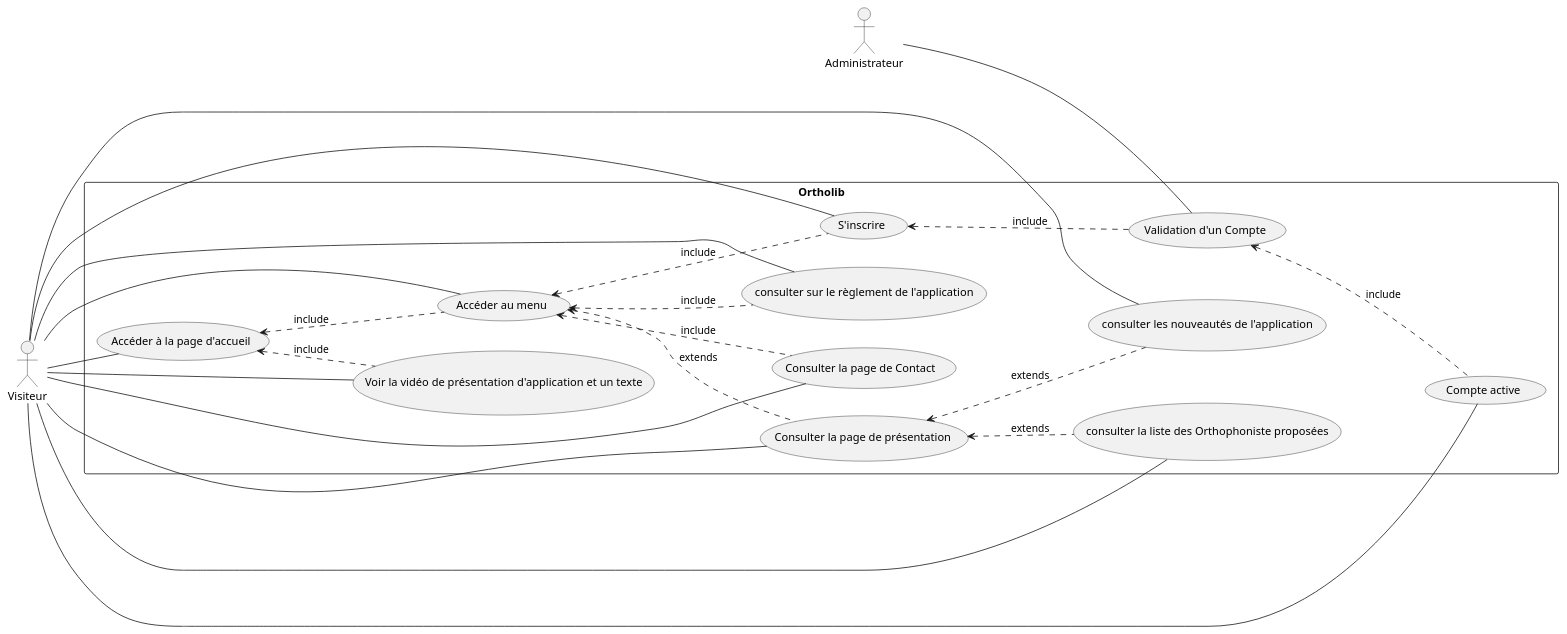
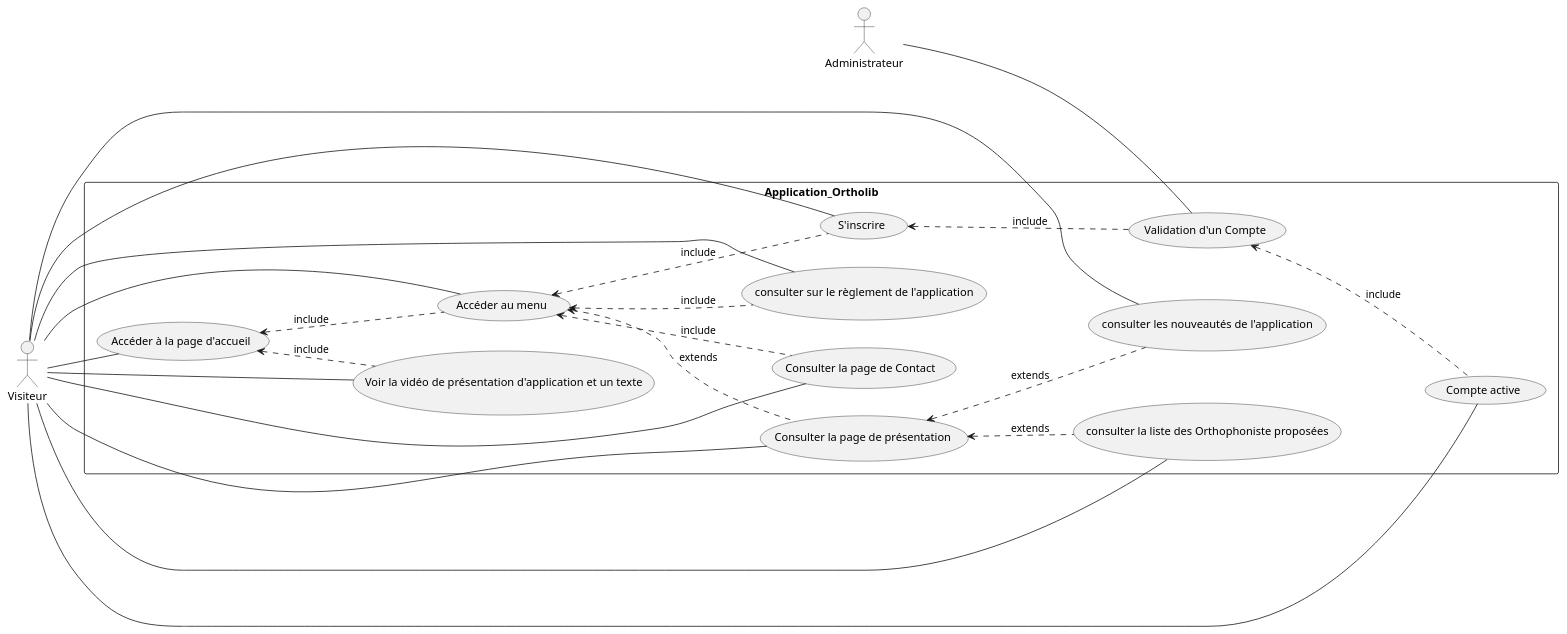
One commit to elamranibilel/Ortholib changed the diagram in analyse/UML/Fonctionnel/visiteur.wsd. Above: the diagram before and after it, drawn with PlantUML. The commit also changed 2 other files, not shown here.

```diff
--- a/analyse/UML/Fonctionnel/visiteur.wsd
+++ b/analyse/UML/Fonctionnel/visiteur.wsd
@@ -1,51 +1,51 @@
 @startuml Application_visiteur
 
 left to right direction
 
 actor Administrateur as Admin
 actor Visiteur
 
-rectangle Ortholib {
+rectangle Application_Ortholib {
     usecase (Accéder à la page d'accueil) as accueil 
     usecase (Voir la vidéo de présentation d'application et un texte) as VideoPresentation
     usecase (Accéder au menu) as menu
     usecase (Consulter la page de Contact ) as contact
     usecase (Consulter la page de présentation ) as Presentation
     usecase (consulter la liste des Orthophoniste proposées) as ListeOrthophonistes
     usecase (consulter sur le règlement de l'application) as ReglementApplication
     usecase (consulter les nouveautés de l'application) as NouveautesApplication
 /'  usecase (Envoyer une des questions au formulaire de Contact ) as questionContact '/    
     usecase (S'inscrire) as inscription
     /' usecase (Recevoir un email de confirmation ) as emailConfirmation
     usecase (Saisir le code de confirmation) as codeConfirmation '/
     usecase (Validation d'un Compte) as Valider
     usecase (Compte active) as CompteActive
 }
 
 /' ACTOR -- USECASE'/
 Visiteur -- accueil
 Visiteur -- VideoPresentation
 Visiteur -- menu
 Visiteur -- Presentation
 Visiteur -- ListeOrthophonistes
 Visiteur -- ReglementApplication
 Visiteur -- NouveautesApplication
 Visiteur -- contact
 Visiteur -- inscription
 Admin -- Valider
 Visiteur -- CompteActive
 
 
 /' USECASE -- USECASE '/
 accueil <.. VideoPresentation : include
 accueil <.. menu : include
 menu <.. Presentation : extends
 menu <.. ReglementApplication : include
 Presentation <.. ListeOrthophonistes : extends
 Presentation <.. NouveautesApplication : extends
 menu <.. contact : include
 menu <.. inscription : include
 inscription <.. Valider : include
 Valider <.. CompteActive : include
 
 @enduml
```
